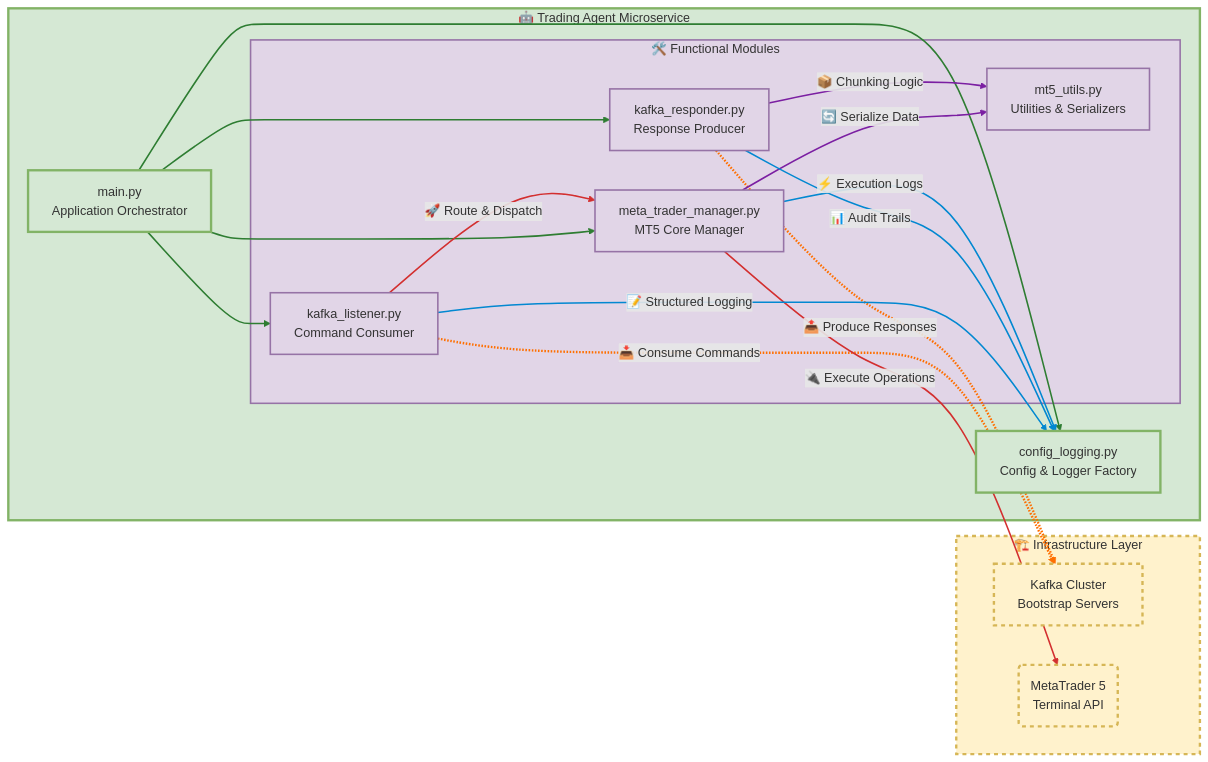
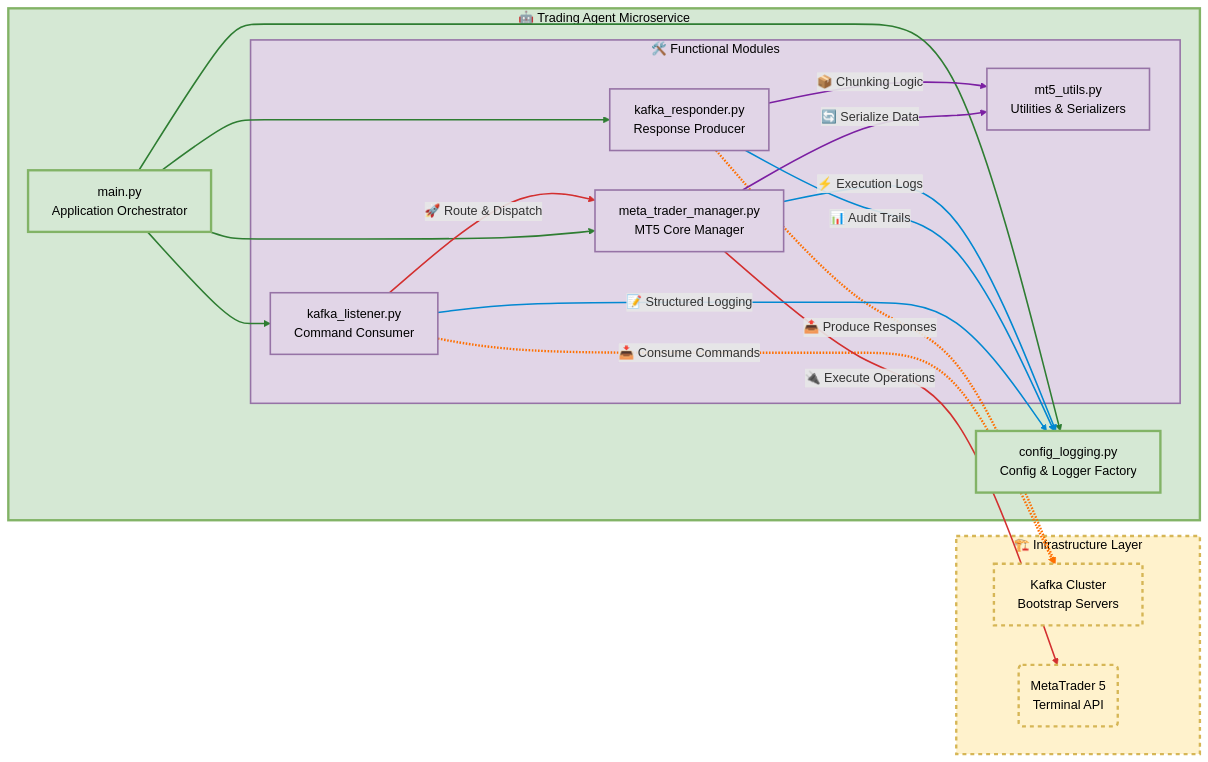
The third of 10 diagrams in README.md (mani1728/agent), drawn with Mermaid before and after one commit.

````diff
--- a/README.md
+++ b/README.md
@@ -282,63 +282,63 @@
 ```mermaid
 graph LR
-    classDef infra fill:#fff2cc,stroke:#d6b656,stroke-width:3px,stroke-dasharray:5 5;
-    classDef core fill:#d5e8d4,stroke:#82b366,stroke-width:3px;
-    classDef module fill:#e1d5e7,stroke:#9673a6,stroke-width:2px;
+    classDef infra fill:#fff2cc,stroke:#d6b656,stroke-width:3px,stroke-dasharray:5 5,color:#000000;
+    classDef core fill:#d5e8d4,stroke:#82b366,stroke-width:3px,color:#000000;
+    classDef module fill:#e1d5e7,stroke:#9673a6,stroke-width:2px,color:#000000;
     classDef connection stroke:#ff6d00,stroke-width:2px;
     classDef dataConnection stroke:#3949ab,stroke-width:2px;
     classDef utilityConnection stroke:#7b1fa2,stroke-width:2px;
 
     subgraph Infra["🏗️ Infrastructure Layer"]
         K[Kafka Cluster<br/>Bootstrap Servers]
         T(MetaTrader 5<br/>Terminal API)
     end
 
     subgraph Agent["🤖 Trading Agent Microservice"]
         A1[main.py<br/>Application Orchestrator]
         A2[config_logging.py<br/>Config & Logger Factory]
         
         subgraph Modules["🛠️ Functional Modules"]
             A3[kafka_listener.py<br/>Command Consumer]
             A4[kafka_responder.py<br/>Response Producer]
             A5[meta_trader_manager.py<br/>MT5 Core Manager]
             A6[mt5_utils.py<br/>Utilities & Serializers]
         end
     end
 
     %% Core Dependencies
     A1-->A2
     A1-->A3
     A1-->A4
     A1-->A5
 
     %% External Communications
     A3-.->|📥 Consume Commands|K
     A4-.->|📤 Produce Responses|K
 
     %% Internal Processing
     A3==>|🚀 Route & Dispatch|A5
     A5==>|🔌 Execute Operations|T
 
     %% Utility Dependencies
     A5-->|🔄 Serialize Data|A6
     A4-->|📦 Chunking Logic|A6
 
     %% Logging Dependencies
     A3-->|📝 Structured Logging|A2
     A4-->|📊 Audit Trails|A2
     A5-->|⚡ Execution Logs|A2
 
     %% Styling
     class Infra infra;
     class Agent core;
     class Modules module;
     class K,T infra;
     class A1,A2 core;
     class A3,A4,A5,A6 module;
 
     linkStyle 0,1,2,3 stroke:#2e7d32,stroke-width:2px;
     linkStyle 4,5 stroke:#ff6f00,stroke-width:3px;
     linkStyle 6,7 stroke:#d32f2f,stroke-width:2px;
     linkStyle 8,9 stroke:#7b1fa2,stroke-width:2px;
     linkStyle 10,11,12 stroke:#0288d1,stroke-width:2px;
 ```
````
